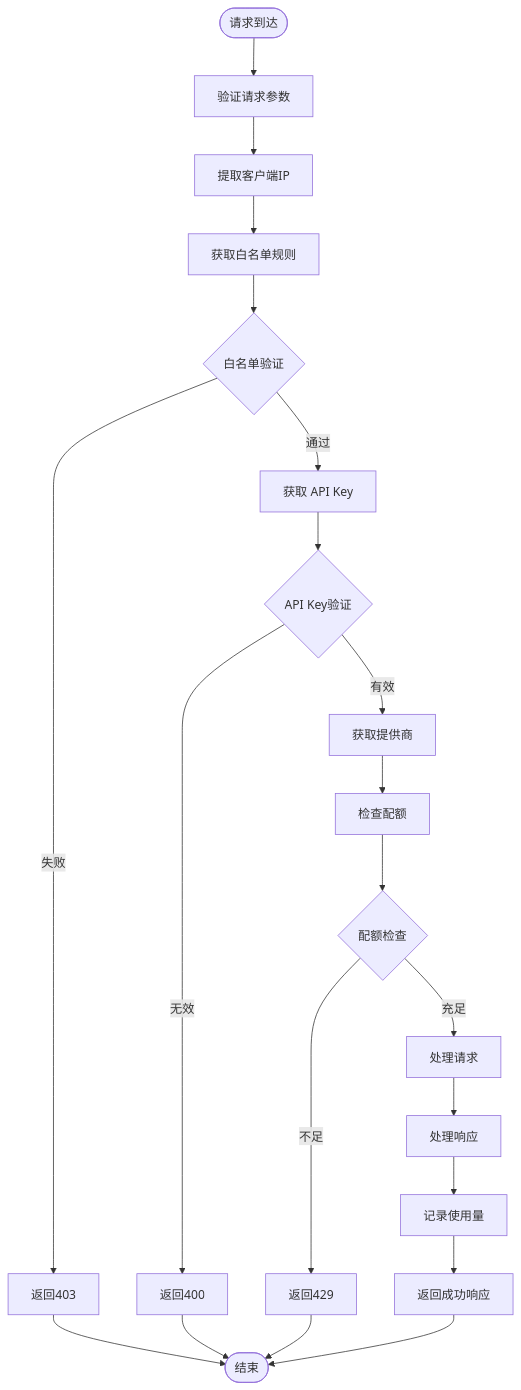
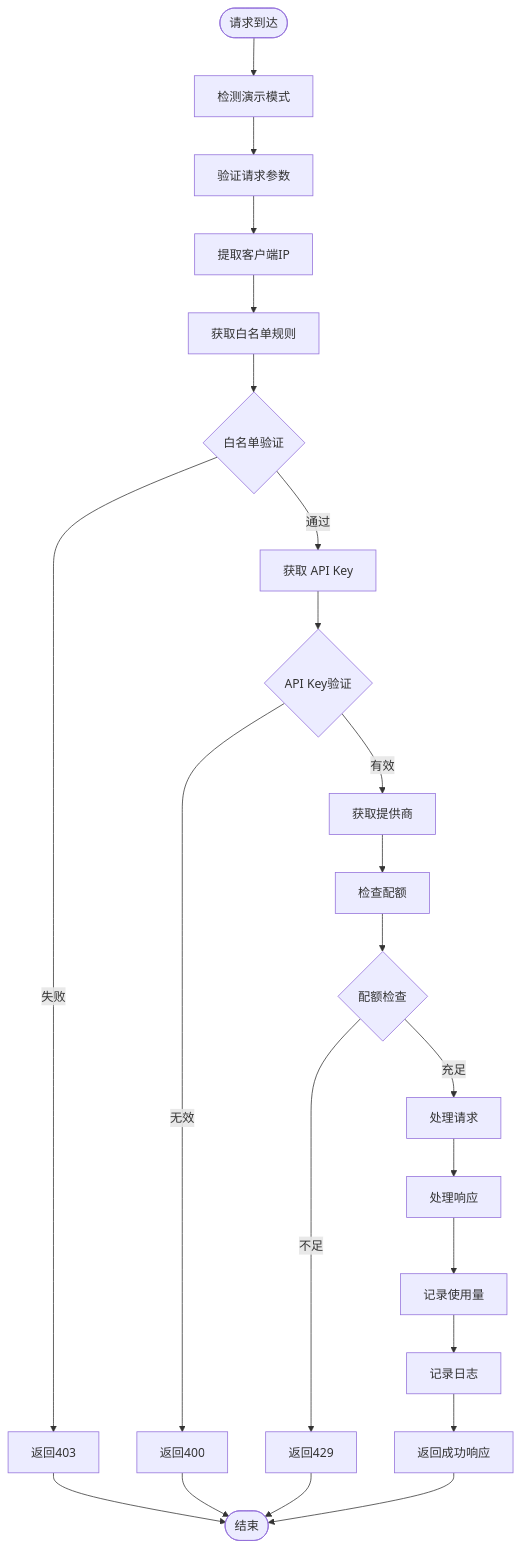
One commit to RadiumAg/AIGate changed the third of 17 diagrams in .qoder/repowiki/zh/content/OpenAI 兼容聊天完成 API.md. Above: the diagram before and after it, drawn with Mermaid. The commit also changed other lines of this file and 4 other files, not shown here.

````diff
--- a/.qoder/repowiki/zh/content/OpenAI 兼容聊天完成 API.md
+++ b/.qoder/repowiki/zh/content/OpenAI 兼容聊天完成 API.md
@@ -205,23 +256,25 @@
 ```mermaid
 flowchart TD
-Start([请求到达]) --> Validate[验证请求参数]
+Start([请求到达]) --> DetectDemo[检测演示模式]
+DetectDemo --> Validate[验证请求参数]
 Validate --> ExtractIP[提取客户端IP]
 ExtractIP --> GetWhitelist[获取白名单规则]
 GetWhitelist --> CheckWhitelist{白名单验证}
 CheckWhitelist --> |通过| GetAPIKey[获取 API Key]
 CheckWhitelist --> |失败| Forbidden[返回403]
 GetAPIKey --> CheckAPIKey{API Key验证}
 CheckAPIKey --> |有效| GetProvider[获取提供商]
 CheckAPIKey --> |无效| BadRequest[返回400]
 GetProvider --> CheckQuota[检查配额]
 CheckQuota --> QuotaCheck{配额检查}
 QuotaCheck --> |充足| ProcessRequest[处理请求]
 QuotaCheck --> |不足| TooManyRequests[返回429]
 ProcessRequest --> HandleResponse[处理响应]
 HandleResponse --> RecordUsage[记录使用量]
-RecordUsage --> Success[返回成功响应]
+RecordUsage --> LogOperation[记录日志]
+LogOperation --> Success[返回成功响应]
 Forbidden --> End([结束])
 BadRequest --> End
 TooManyRequests --> End
 Success --> End
 ```
````
